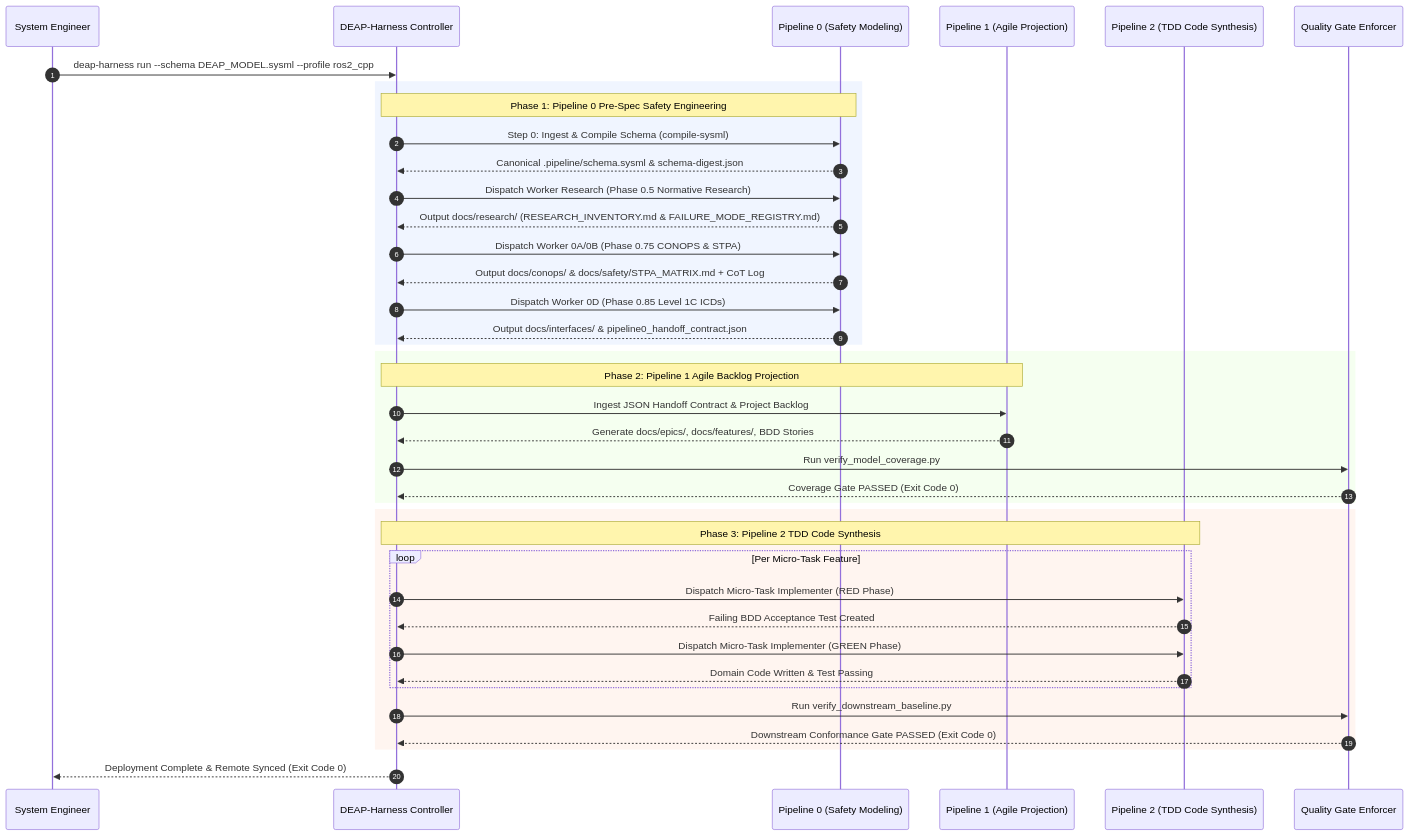
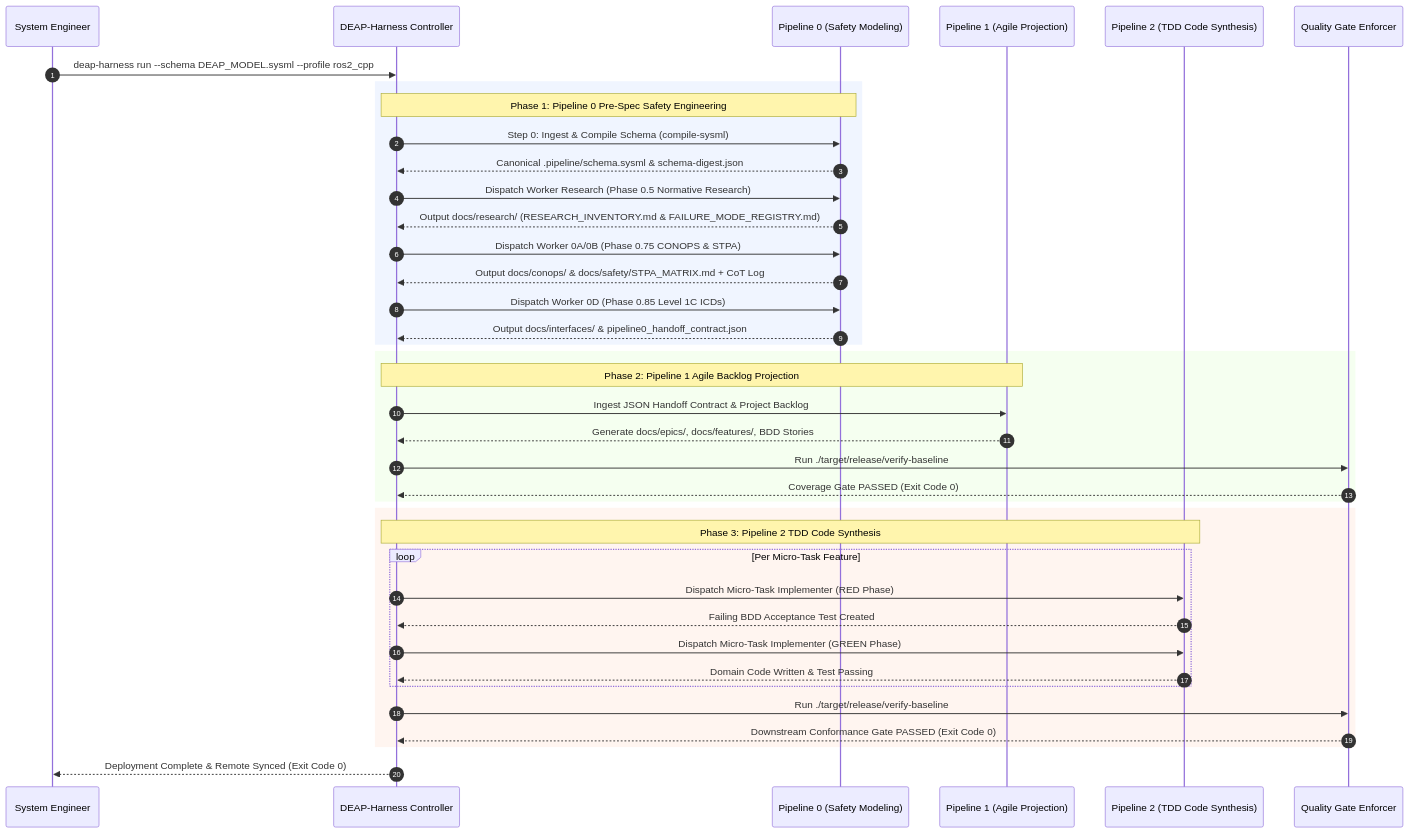
The fourth of 4 diagrams in docs/architecture/blueprints/DEAP_DEEPSEEK_HARNESS_INTEGRATION_BLUEPRINT.md (gintatkinson/DEAP01-spec-core), drawn with Mermaid before and after one commit. The commit also changed other lines of this file and 162 other files, not shown here.

Commit message:
feat(verify-baseline,compile-sysml,ingest-sysml,deap-core): enforce Check 36 per-item 7-section docstring gate, Check 33 zero-Python content scanner, FEAT-42 source AST ingestion and docstring synthesizer, and 12-check defect dossier validator (refs #465, #466, #467, #468, #469)

````diff
--- a/docs/architecture/blueprints/DEAP_DEEPSEEK_HARNESS_INTEGRATION_BLUEPRINT.md
+++ b/docs/architecture/blueprints/DEAP_DEEPSEEK_HARNESS_INTEGRATION_BLUEPRINT.md
@@ -193,46 +193,46 @@
 ```mermaid
 sequenceDiagram
     autonumber
     participant User as System Engineer
     participant Harness as DEAP-Harness Controller
     participant P0 as Pipeline 0 (Safety Modeling)
     participant P1 as Pipeline 1 (Agile Projection)
     participant P2 as Pipeline 2 (TDD Code Synthesis)
     participant Gates as Quality Gate Enforcer
 
     User->>Harness: deap-harness run --schema DEAP_MODEL.sysml --profile ros2_cpp
     
     rect rgb(240, 245, 255)
         note over Harness,P0: Phase 1: Pipeline 0 Pre-Spec Safety Engineering
         Harness->>P0: Step 0: Ingest & Compile Schema (compile-sysml)
         P0-->>Harness: Canonical .pipeline/schema.sysml & schema-digest.json
         Harness->>P0: Dispatch Worker Research (Phase 0.5 Normative Research)
         P0-->>Harness: Output docs/research/ (RESEARCH_INVENTORY.md & FAILURE_MODE_REGISTRY.md)
         Harness->>P0: Dispatch Worker 0A/0B (Phase 0.75 CONOPS & STPA)
         P0-->>Harness: Output docs/conops/ & docs/safety/STPA_MATRIX.md + CoT Log
         Harness->>P0: Dispatch Worker 0D (Phase 0.85 Level 1C ICDs)
         P0-->>Harness: Output docs/interfaces/ & pipeline0_handoff_contract.json
     end
 
     rect rgb(245, 255, 240)
         note over Harness,P1: Phase 2: Pipeline 1 Agile Backlog Projection
         Harness->>P1: Ingest JSON Handoff Contract & Project Backlog
         P1-->>Harness: Generate docs/epics/, docs/features/, BDD Stories
-        Harness->>Gates: Run verify_model_coverage.py
+        Harness->>Gates: Run ./target/release/verify-baseline
         Gates-->>Harness: Coverage Gate PASSED (Exit Code 0)
     end
 
     rect rgb(255, 245, 240)
         note over Harness,P2: Phase 3: Pipeline 2 TDD Code Synthesis
         loop Per Micro-Task Feature
             Harness->>P2: Dispatch Micro-Task Implementer (RED Phase)
             P2-->>Harness: Failing BDD Acceptance Test Created
             Harness->>P2: Dispatch Micro-Task Implementer (GREEN Phase)
             P2-->>Harness: Domain Code Written & Test Passing
         end
-        Harness->>Gates: Run verify_downstream_baseline.py
+        Harness->>Gates: Run ./target/release/verify-baseline
         Gates-->>Harness: Downstream Conformance Gate PASSED (Exit Code 0)
     end
 
     Harness-->>User: Deployment Complete & Remote Synced (Exit Code 0)
 ```
````
